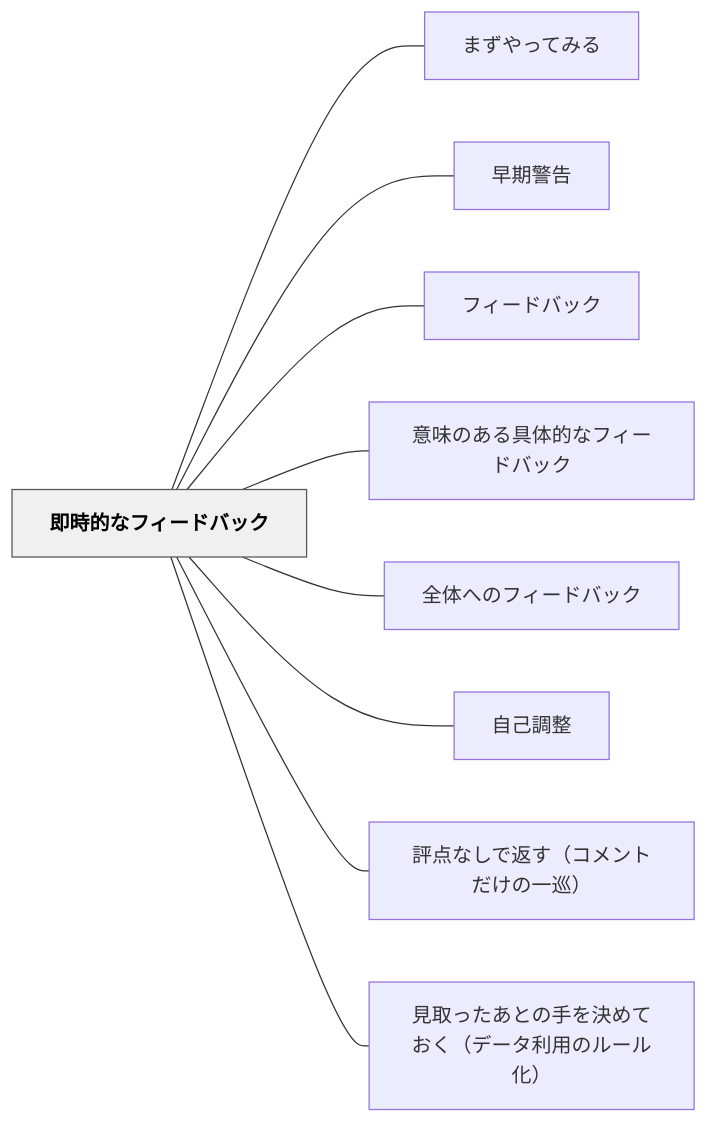
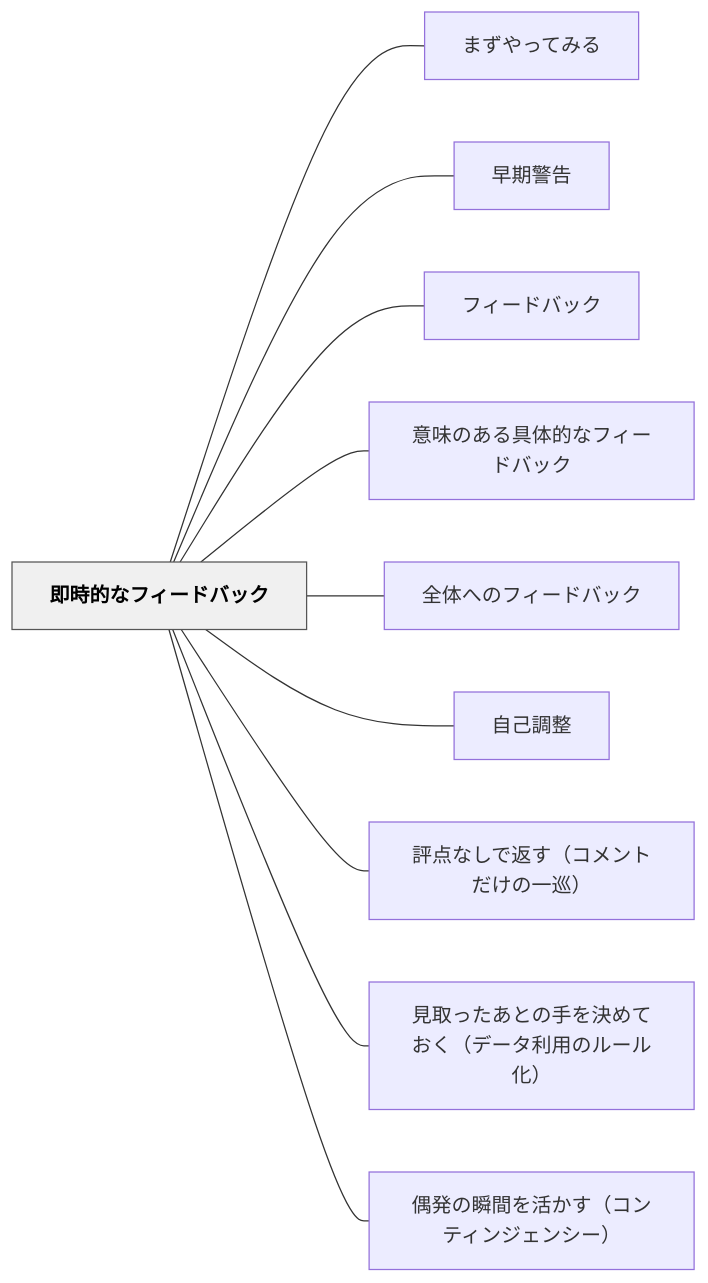
One commit to unknownthings-ed-patterns/unknownthings-ed-patterns changed the diagram in content/パタン/即時的なフィードバック.md. Above: the diagram before and after it, drawn with Mermaid. The commit also changed other lines of this file and 84 other files, not shown here.

````diff
--- a/content/パタン/即時的なフィードバック.md
+++ b/content/パタン/即時的なフィードバック.md
@@ -57,24 +59,26 @@
 ```mermaid
 flowchart LR
     ne58db3e69982e79a84e381aae38395e382a3e383bce38389e38390e38383e382af["即時的なフィードバック"]
     ne381bee3819ae38284e381a3e381a6e381bfe3828b["まずやってみる"]
     ne697a9e69c9fe8ada6e5918a["早期警告"]
     ne38395e382a3e383bce38389e38390e38383e382af["フィードバック"]
     ne6848fe591b3e381aee38182e3828be585b7e4bd93e79a84e381aae38395e382a3e383bce38389e38390e38383e382af["意味のある具体的なフィードバック"]
     ne585a8e4bd93e381b8e381aee38395e382a3e383bce38389e38390e38383e382af["全体へのフィードバック"]
     ne887aae5b7b1e8aabfe695b4["自己調整"]
     ne8a995e782b9e381aae38197e381a7e8bf94e38199efbc88e382b3e383a1e383b3e38388e381a0e38191e381aee4b880e5b7a1efbc89["評点なしで返す（コメントだけの一巡）"]
     ne8a68be58f96e381a3e3819fe38182e381a8e381aee6898be38292e6b1bae38281e381a6e3818ae3818fefbc88e38387e383bce382bfe588a9e794a8e381aee383abe383bce383abe58c96efbc89["見取ったあとの手を決めておく（データ利用のルール化）"]
+    ne581b6e799bae381aee79eace99693e38292e6b4bbe3818be38199efbc88e382b3e383b3e38386e382a3e383b3e382b8e382a7e383b3e382b7e383bcefbc89["偶発の瞬間を活かす（コンティンジェンシー）"]
 
     ne58db3e69982e79a84e381aae38395e382a3e383bce38389e38390e38383e382af --- ne381bee3819ae38284e381a3e381a6e381bfe3828b
     ne58db3e69982e79a84e381aae38395e382a3e383bce38389e38390e38383e382af --- ne697a9e69c9fe8ada6e5918a
     ne58db3e69982e79a84e381aae38395e382a3e383bce38389e38390e38383e382af --- ne38395e382a3e383bce38389e38390e38383e382af
     ne58db3e69982e79a84e381aae38395e382a3e383bce38389e38390e38383e382af --- ne6848fe591b3e381aee38182e3828be585b7e4bd93e79a84e381aae38395e382a3e383bce38389e38390e38383e382af
     ne58db3e69982e79a84e381aae38395e382a3e383bce38389e38390e38383e382af --- ne585a8e4bd93e381b8e381aee38395e382a3e383bce38389e38390e38383e382af
     ne58db3e69982e79a84e381aae38395e382a3e383bce38389e38390e38383e382af --- ne887aae5b7b1e8aabfe695b4
     ne58db3e69982e79a84e381aae38395e382a3e383bce38389e38390e38383e382af --- ne8a995e782b9e381aae38197e381a7e8bf94e38199efbc88e382b3e383a1e383b3e38388e381a0e38191e381aee4b880e5b7a1efbc89
     ne58db3e69982e79a84e381aae38395e382a3e383bce38389e38390e38383e382af --- ne8a68be58f96e381a3e3819fe38182e381a8e381aee6898be38292e6b1bae38281e381a6e3818ae3818fefbc88e38387e383bce382bfe588a9e794a8e381aee383abe383bce383abe58c96efbc89
+    ne58db3e69982e79a84e381aae38395e382a3e383bce38389e38390e38383e382af --- ne581b6e799bae381aee79eace99693e38292e6b4bbe3818be38199efbc88e382b3e383b3e38386e382a3e383b3e382b8e382a7e383b3e382b7e383bcefbc89
 
     classDef hub fill:#f0f0f0,stroke:#555,color:#000,font-weight:bold
     class ne58db3e69982e79a84e381aae38395e382a3e383bce38389e38390e38383e382af hub
 ```
````
